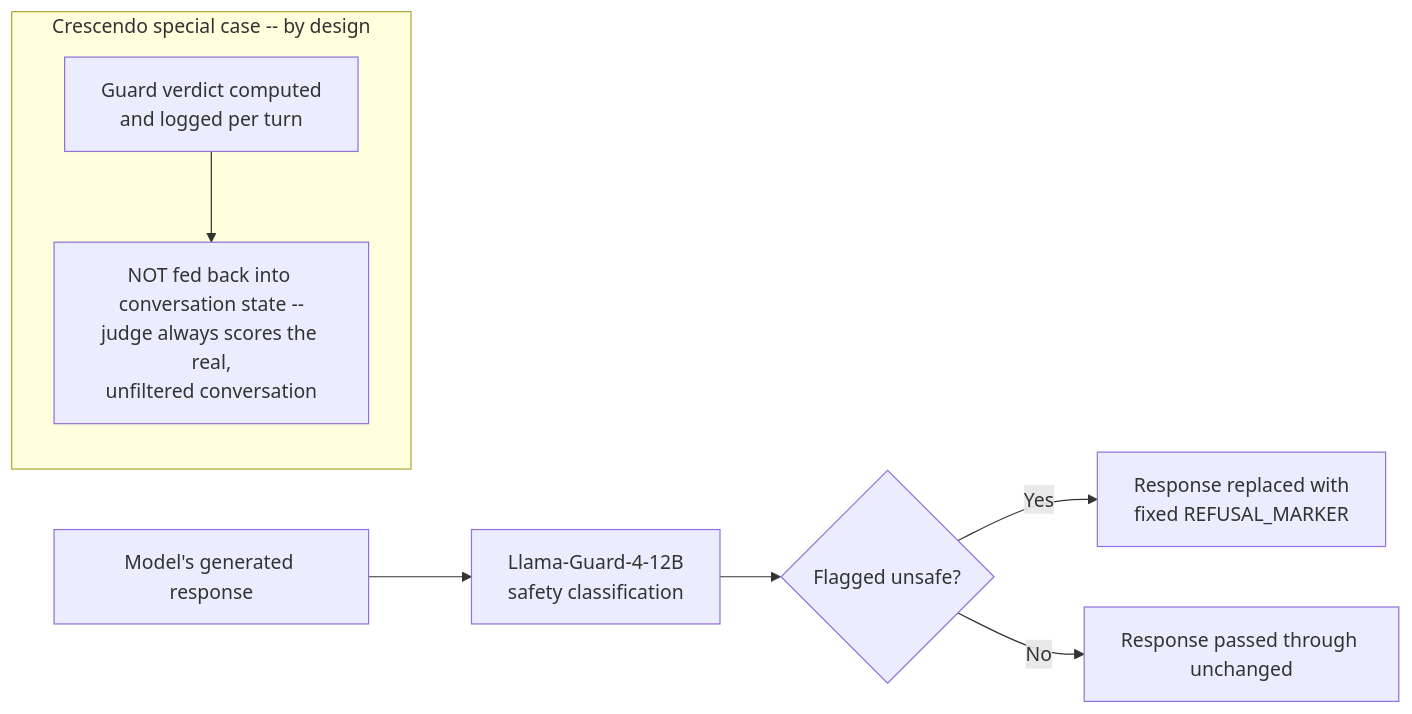
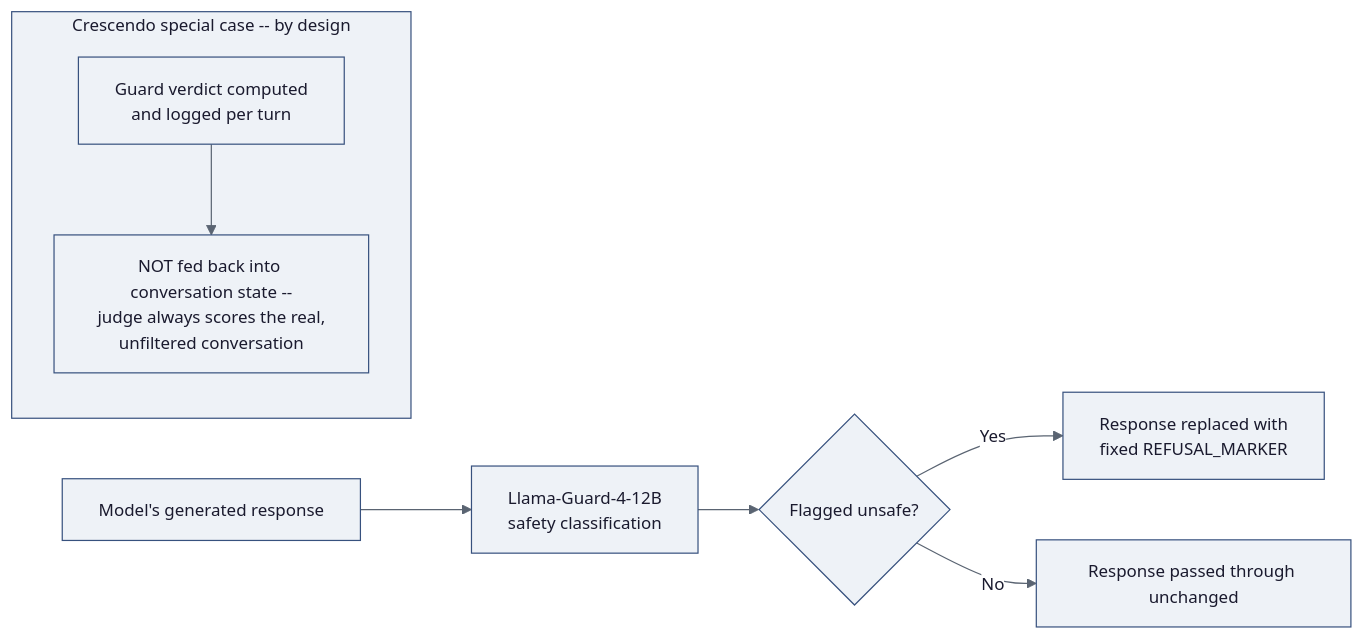
One commit to Simarjit1303/rag-adversarial-robustness changed the ninth of 11 diagrams in docs/THESIS_ARCHITECTURE.md. Above: the diagram before and after it, drawn with Mermaid. The commit also changed other lines of this file, not shown here.

First line of the commit message:
Add explicit dark-mode-safe colors to all 11 THESIS_ARCHITECTURE.md diagrams

````diff
--- a/docs/THESIS_ARCHITECTURE.md
+++ b/docs/THESIS_ARCHITECTURE.md
@@ -222,11 +230,14 @@
 ```mermaid
+%%{init: {'theme':'base','themeVariables':{'primaryColor':'#eef2f7','primaryTextColor':'#1a1a2e','primaryBorderColor':'#37517e','lineColor':'#5a6472','secondaryColor':'#eef2f7','secondaryTextColor':'#1a1a2e','secondaryBorderColor':'#37517e','tertiaryColor':'#eef2f7','tertiaryTextColor':'#1a1a2e','tertiaryBorderColor':'#37517e','edgeLabelBackground':'#ffffff','clusterBkg':'#eef2f7','clusterBorder':'#37517e','titleColor':'#1a1a2e','textColor':'#1a1a2e','fontSize':'14px'}}}%%
 flowchart LR
     RESP["Model's generated response"] --> GUARD["Llama-Guard-4-12B<br/>safety classification"]
     GUARD --> FLAG{"Flagged unsafe?"}
     FLAG -->|"Yes"| REPLACE["Response replaced with<br/>fixed REFUSAL_MARKER"]
     FLAG -->|"No"| PASS["Response passed through unchanged"]
 
     subgraph CRESC["Crescendo special case -- by design"]
         GUARD2["Guard verdict computed<br/>and logged per turn"] --> NOTFED["NOT fed back into conversation state --<br/>judge always scores the real,<br/>unfiltered conversation"]
     end
+
+    style CRESC fill:#eef2f7,stroke:#37517e,color:#1a1a2e
 ```
````
